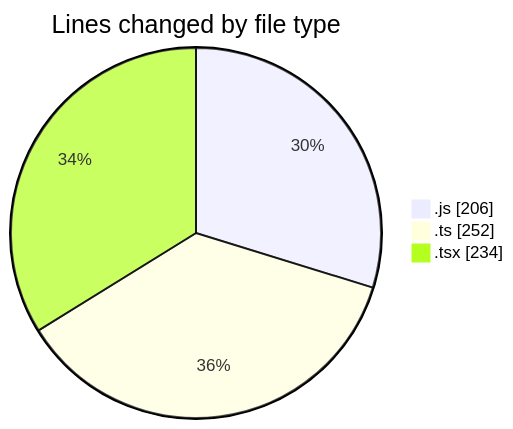
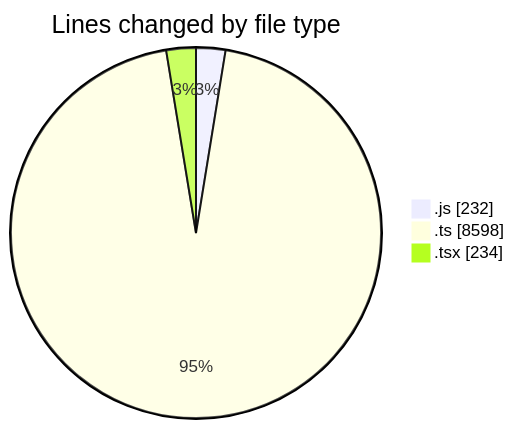
Before and after one commit to momahboobian/code-tracking: the first of 2 diagrams in 2025-05-14/cda/README.md, drawn with Mermaid. The commit also changed other lines of this file and 1 other file, not shown here.

````diff
--- a/2025-05-14/cda/README.md
+++ b/2025-05-14/cda/README.md
@@ -24,7 +25,7 @@
 ```mermaid
 pie showData
 title Lines changed by file type
-".js" : 206
-".ts" : 252
+".js" : 232
+".ts" : 8598
 ".tsx" : 234
 ```
````
